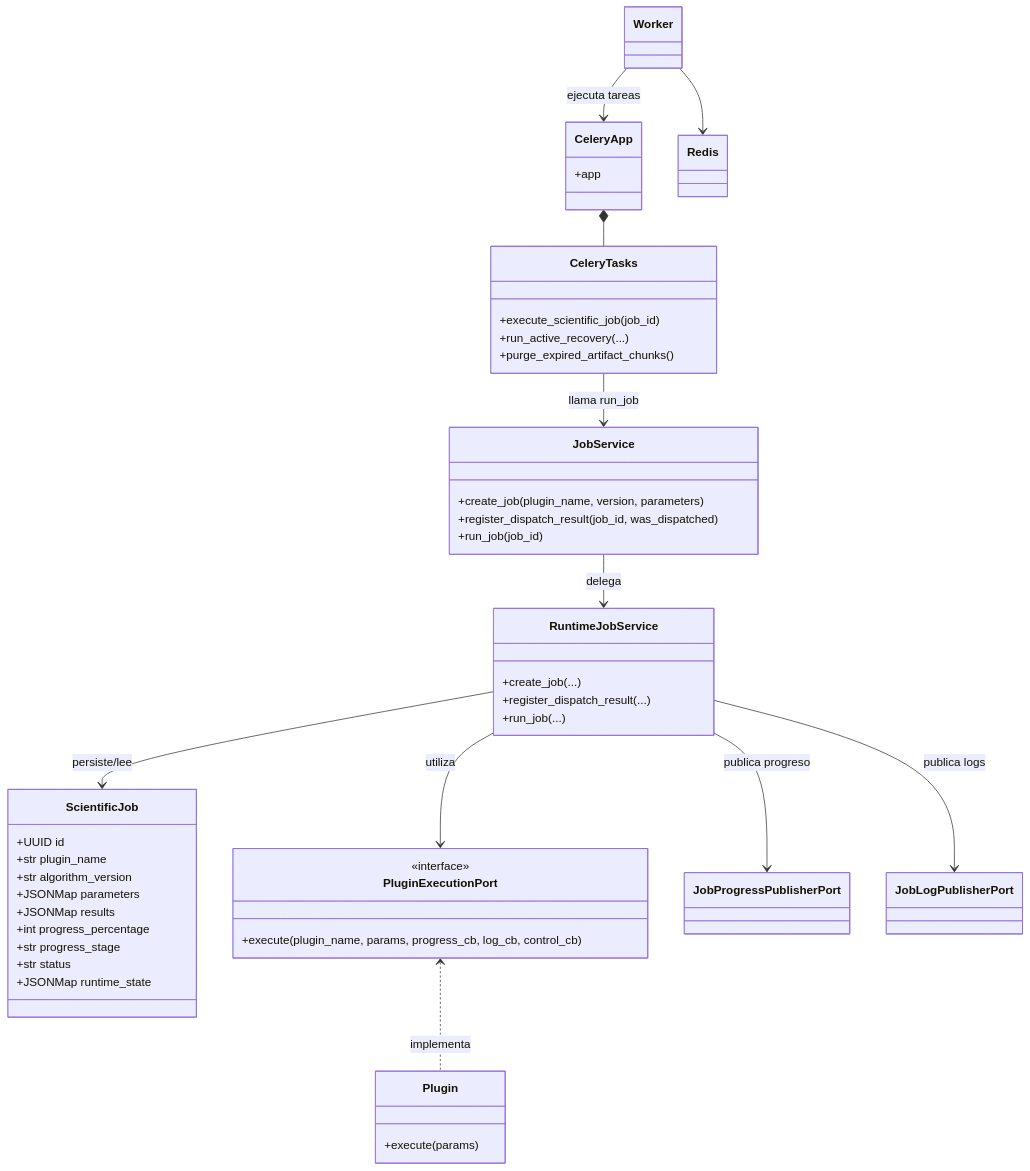
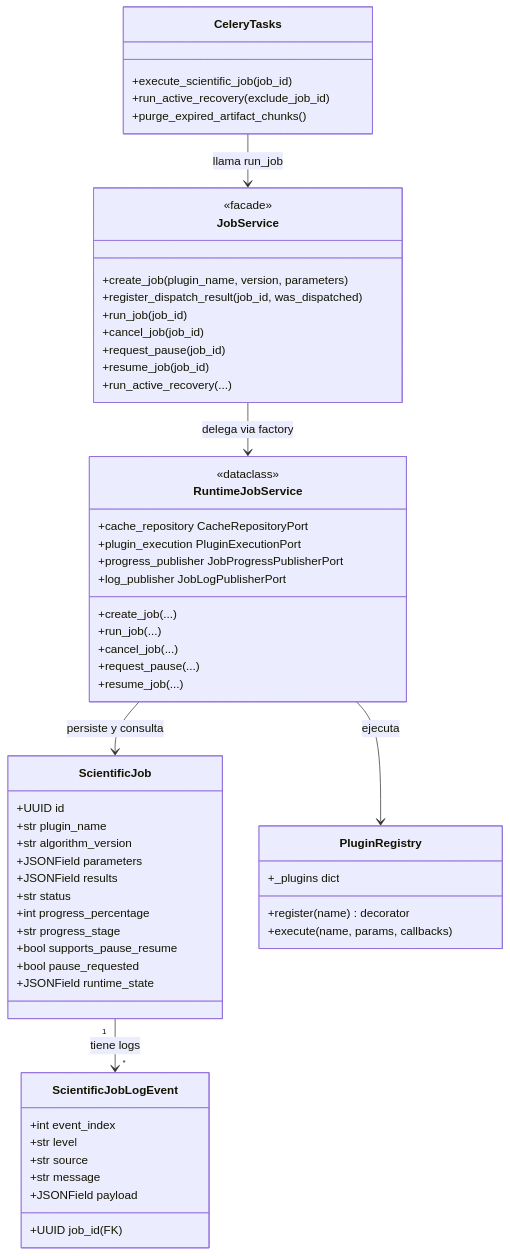
The third of 5 diagrams in README.md (chem-gl/chemistry-apps), drawn with Mermaid before and after one commit. The commit also changed other lines of this file and 3 other files, not shown here.

````diff
--- a/README.md
+++ b/README.md
@@ -147,52 +238,67 @@
 ```mermaid
 classDiagram
   class ScientificJob {
     +UUID id
     +str plugin_name
     +str algorithm_version
-    +JSONMap parameters
-    +JSONMap results
+    +JSONField parameters
+    +JSONField results
+    +str status
     +int progress_percentage
     +str progress_stage
-    +str status
-    +JSONMap runtime_state
+    +bool supports_pause_resume
+    +bool pause_requested
+    +JSONField runtime_state
   }
+
+  class ScientificJobLogEvent {
+    +UUID job_id (FK)
+    +int event_index
+    +str level
+    +str source
+    +str message
+    +JSONField payload
+  }
+
   class JobService {
+    <<facade>>
     +create_job(plugin_name, version, parameters)
     +register_dispatch_result(job_id, was_dispatched)
     +run_job(job_id)
+    +cancel_job(job_id)
+    +request_pause(job_id)
+    +resume_job(job_id)
+    +run_active_recovery(...)
   }
+
   class RuntimeJobService {
+    <<dataclass>>
+    +cache_repository CacheRepositoryPort
+    +plugin_execution PluginExecutionPort
+    +progress_publisher JobProgressPublisherPort
+    +log_publisher JobLogPublisherPort
     +create_job(...)
-    +register_dispatch_result(...)
     +run_job(...)
+    +cancel_job(...)
+    +request_pause(...)
+    +resume_job(...)
   }
-  class PluginExecutionPort {
-    <<interface>>
-    +execute(plugin_name, params, progress_cb, log_cb, control_cb)
+
+  class PluginRegistry {
+    +_plugins dict
+    +register(name) decorator
+    +execute(name, params, callbacks)
   }
-  class Plugin {
-    +execute(params)
-  }
+
   class CeleryTasks {
     +execute_scientific_job(job_id)
-    +run_active_recovery(...)
+    +run_active_recovery(exclude_job_id)
     +purge_expired_artifact_chunks()
   }
-  class CeleryApp {
-    +app
-  }
-  class Redis
-  class Worker
 
-  JobService --> RuntimeJobService : delega
-  RuntimeJobService --> ScientificJob : persiste/lee
-  RuntimeJobService --> PluginExecutionPort : utiliza
-  PluginExecutionPort <.. Plugin : implementa
+  JobService --> RuntimeJobService : delega via factory
+  RuntimeJobService --> ScientificJob : persiste y consulta
+  RuntimeJobService --> PluginRegistry : ejecuta
   CeleryTasks --> JobService : llama run_job
-  CeleryApp *-- CeleryTasks
-  Worker --> Redis
-  Worker --> CeleryApp : ejecuta tareas
-  RuntimeJobService --> JobProgressPublisherPort : publica progreso
-  RuntimeJobService --> JobLogPublisherPort : publica logs
+  ScientificJob "1" --> "*" ScientificJobLogEvent : tiene logs
 ```
````
